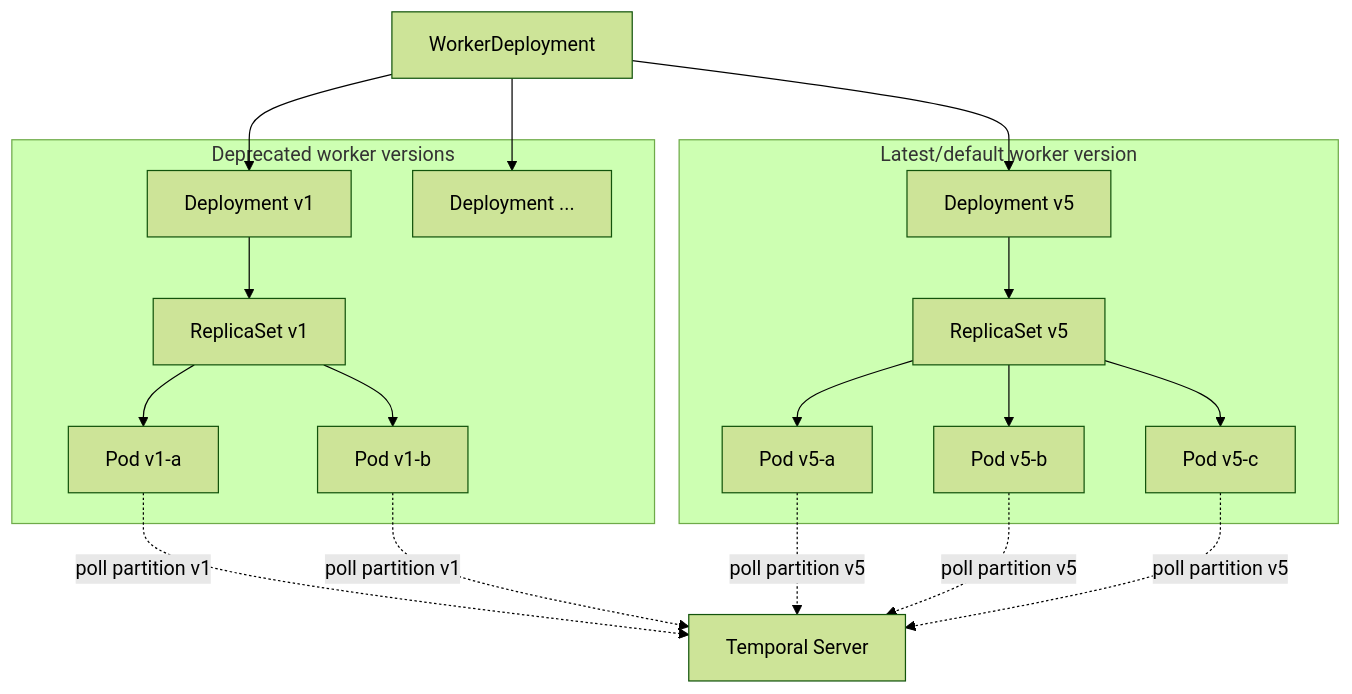
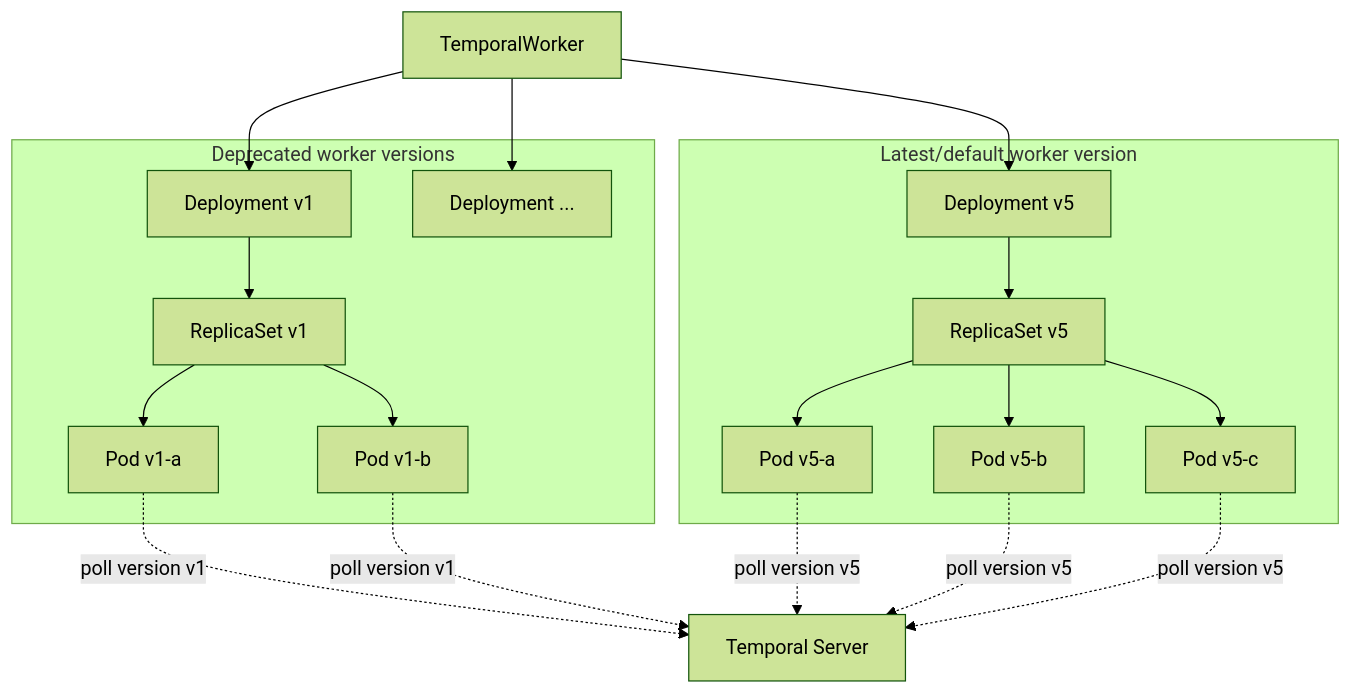
Before and after one commit to shashwatsuri/temporal-worker-controller: the first of 2 diagrams in README.md, drawn with Mermaid (forest theme). The commit also changed other lines of this file and 29 other files, not shown here.

````diff
--- a/README.md
+++ b/README.md
@@ -54,41 +54,41 @@
 ```mermaid
 flowchart TD
-    wd[WorkerDeployment]
+    wd[TemporalWorker]
 
     subgraph "Latest/default worker version"
         d5["Deployment v5"]
         rs5["ReplicaSet v5"]
         p5a["Pod v5-a"]
         p5b["Pod v5-b"]
         p5c["Pod v5-c"]
         d5 --> rs5
         rs5 --> p5a
         rs5 --> p5b
         rs5 --> p5c
     end
 
     subgraph "Deprecated worker versions"
         d1["Deployment v1"]
         rs1["ReplicaSet v1"]
         p1a["Pod v1-a"]
         p1b["Pod v1-b"]
         d1 --> rs1
         rs1 --> p1a
         rs1 --> p1b
 
         dN["Deployment ..."]
     end
 
     wd --> d1
     wd --> dN
     wd --> d5
 
-    p1a -. "poll partition v1" .-> server
-    p1b -. "poll partition v1" .-> server
+    p1a -. "poll version v1" .-> server
+    p1b -. "poll version v1" .-> server
 
-    p5a -. "poll partition v5" .-> server
-    p5b -. "poll partition v5" .-> server
-    p5c -. "poll partition v5" .-> server
+    p5a -. "poll version v5" .-> server
+    p5b -. "poll version v5" .-> server
+    p5c -. "poll version v5" .-> server
 
     server["Temporal Server"]
 ```
````
